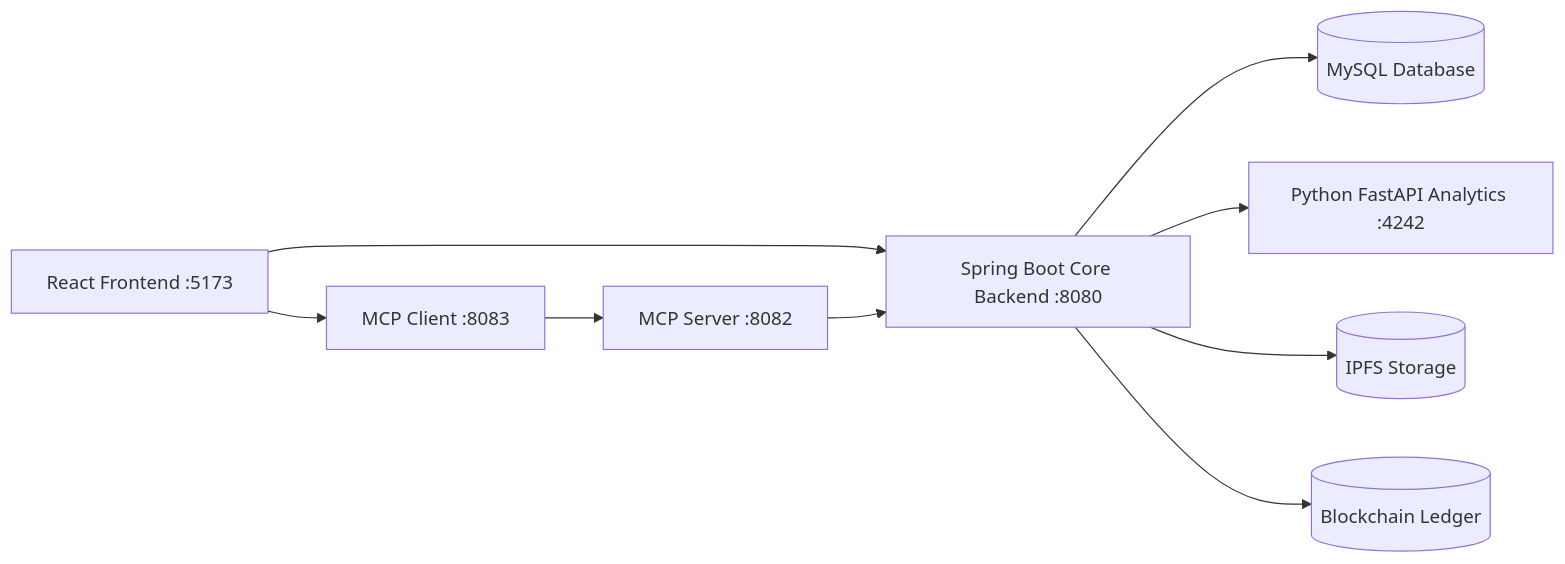
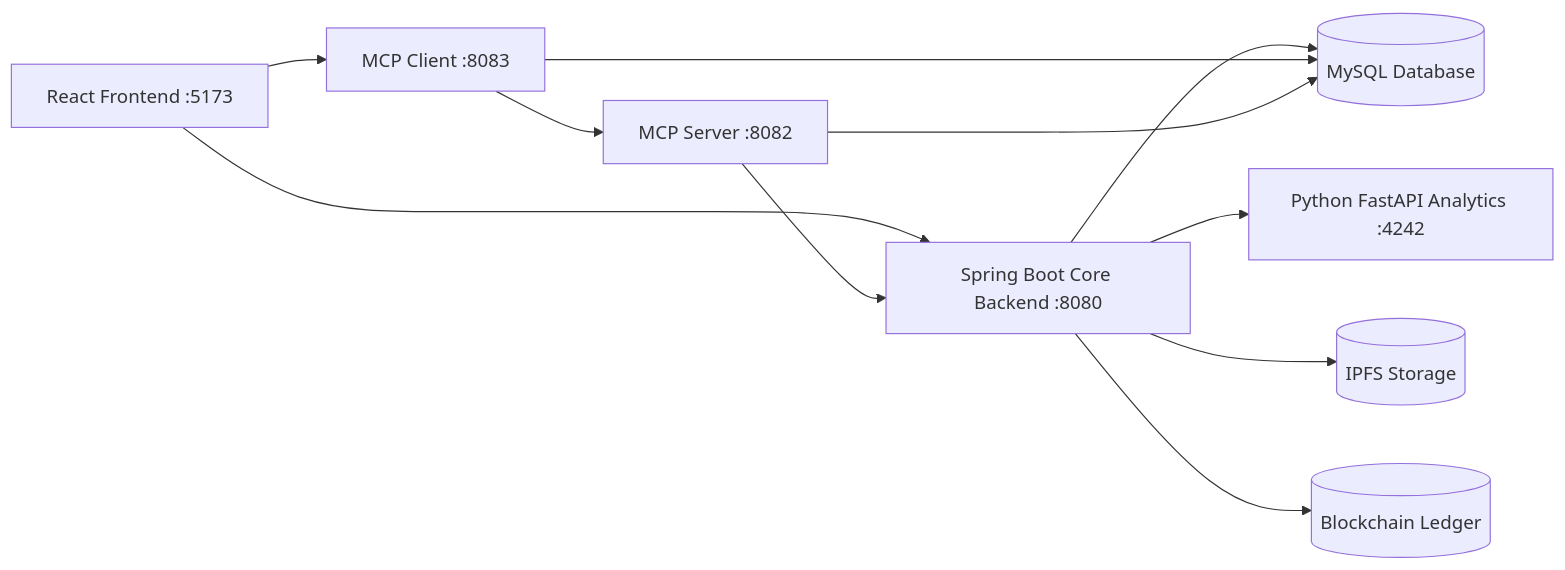
The second of 7 diagrams in README.md (malcolm-cephas/Medical-IoT), drawn with Mermaid before and after one commit. The commit also changed other lines of this file and 56 other files, not shown here.

````diff
--- a/README.md
+++ b/README.md
@@ -267,27 +270,29 @@
 ```mermaid
 flowchart LR
 
 Frontend[React Frontend :5173]
 
 CoreAPI[Spring Boot Core Backend :8080]
 
 Analytics[Python FastAPI Analytics :4242]
 
 MCPClient[MCP Client :8083]
 MCPServer[MCP Server :8082]
 
 MySQL[(MySQL Database)]
 IPFS[(IPFS Storage)]
 Ledger[(Blockchain Ledger)]
 
 Frontend --> CoreAPI
 Frontend --> MCPClient
 
 CoreAPI --> MySQL
 CoreAPI --> Analytics
 CoreAPI --> IPFS
 CoreAPI --> Ledger
 
 MCPClient --> MCPServer
+MCPClient --> MySQL
 MCPServer --> CoreAPI
+MCPServer --> MySQL
 ```
````
